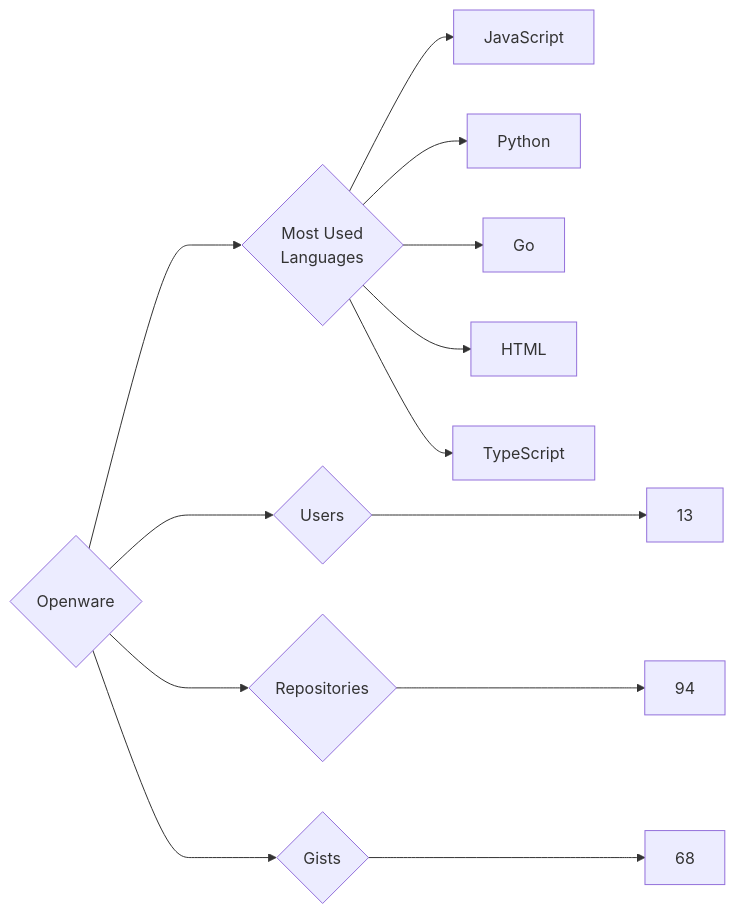
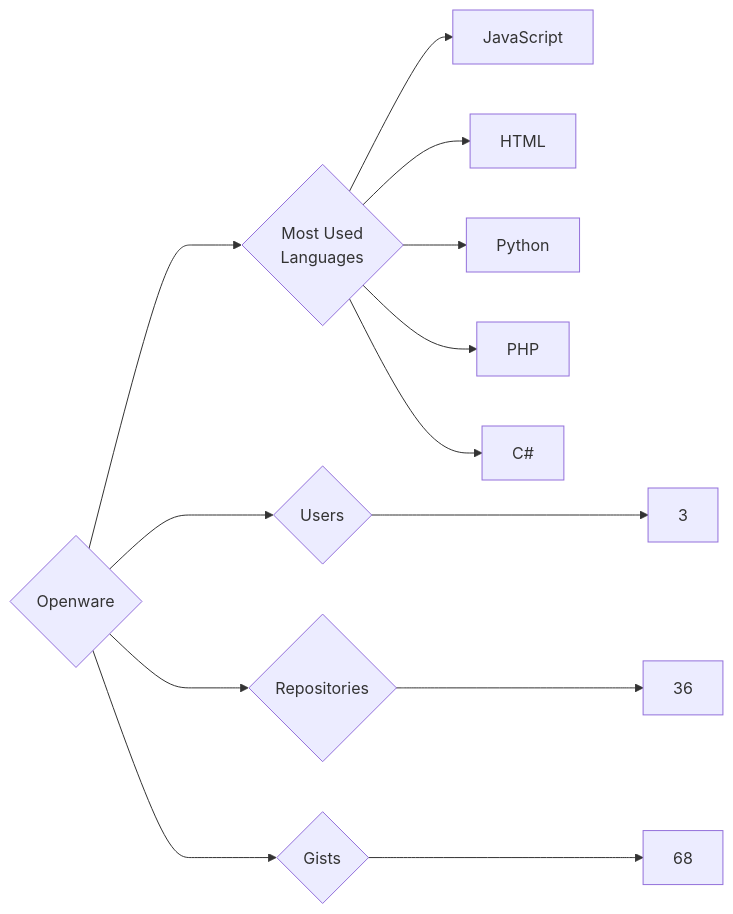
Before and after one commit to trickest/insiders: the diagram in targets/Openware/README.md, drawn with Mermaid. The commit also changed 1496 other files, not shown here.

````diff
--- a/targets/Openware/README.md
+++ b/targets/Openware/README.md
@@ -3,13 +3,13 @@
 ```mermaid
 graph LR
 COMPANY_NAME{Openware}
-COMPANY_NAME ---> U{Users} ---> UN[13]
-COMPANY_NAME ---> R{Repositories} ---> RN[94]
+COMPANY_NAME ---> U{Users} ---> UN[3]
+COMPANY_NAME ---> R{Repositories} ---> RN[36]
 COMPANY_NAME ---> G{Gists} ---> GN[68]
 COMPANY_NAME ---> ML{Most Used<br>Languages}
 ML --> JavaScript[JavaScript]
+ML --> HTML[HTML]
 ML --> Python[Python]
-ML --> Go[Go]
-ML --> HTML[HTML]
-ML --> TypeScript[TypeScript]
+ML --> PHP[PHP]
+ML --> C#[C#]
 ```
````
